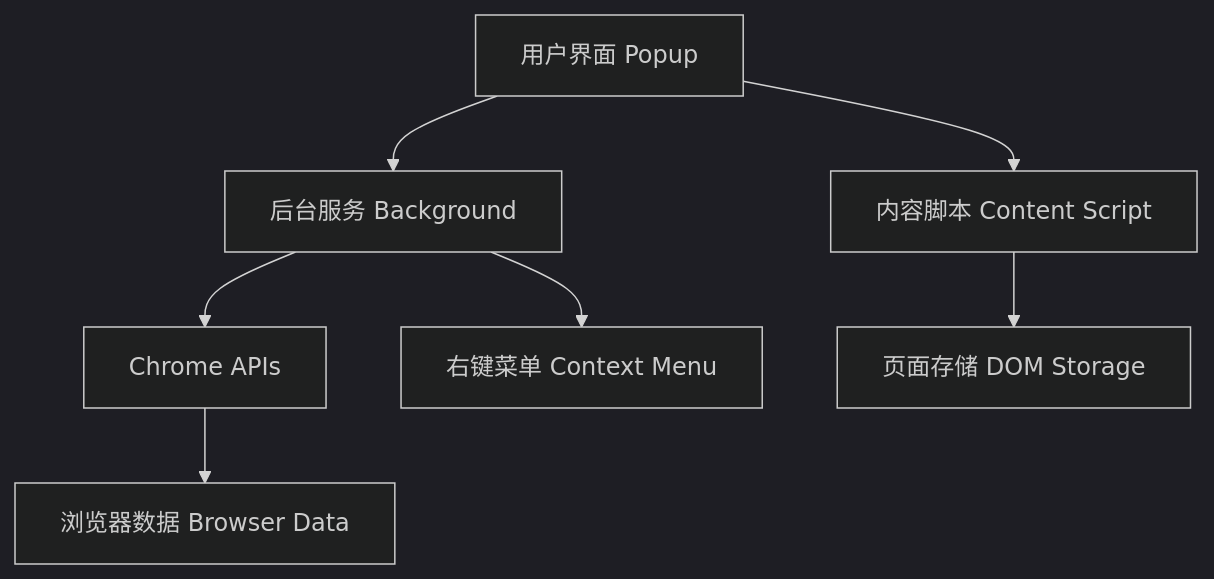
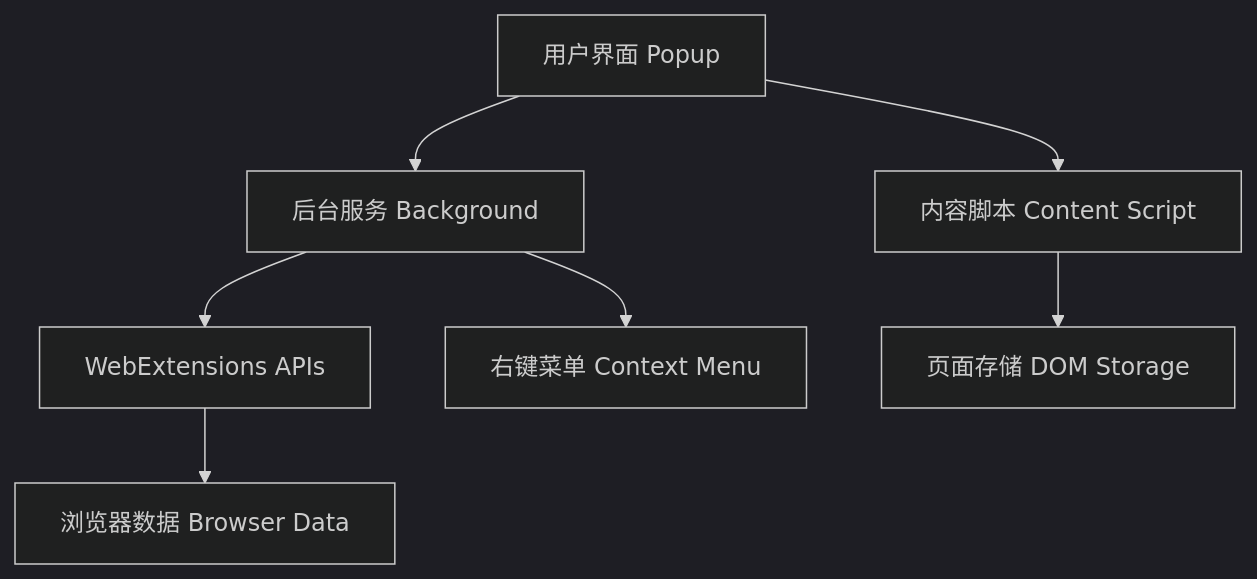
The diagram in README.md (soyof/clearCache_google), drawn with Mermaid (dark theme) before and after one commit. The commit also changed other lines of this file, not shown here.

````diff
--- a/README.md
+++ b/README.md
@@ -251,9 +290,9 @@
 ```mermaid
 graph TD
     A[用户界面 Popup] --> B[后台服务 Background]
-    B --> C[Chrome APIs]
+    B --> C[WebExtensions APIs]
     A --> D[内容脚本 Content Script]
     D --> E[页面存储 DOM Storage]
     C --> F[浏览器数据 Browser Data]
     B --> G[右键菜单 Context Menu]
 ```
````
